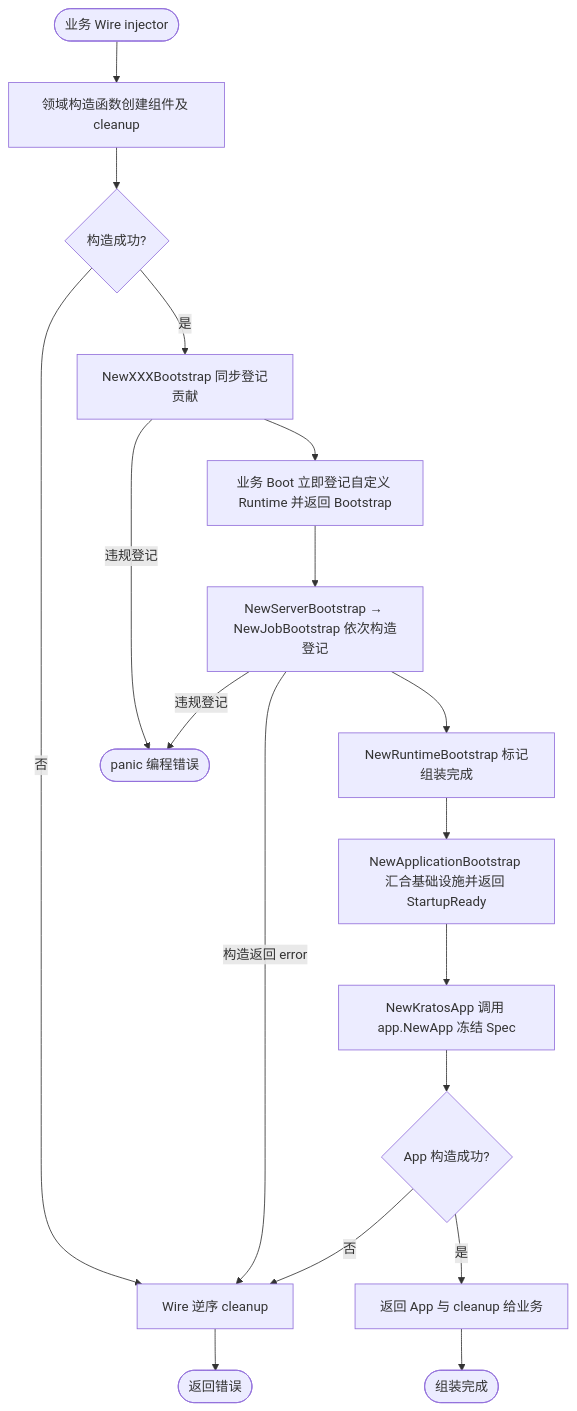
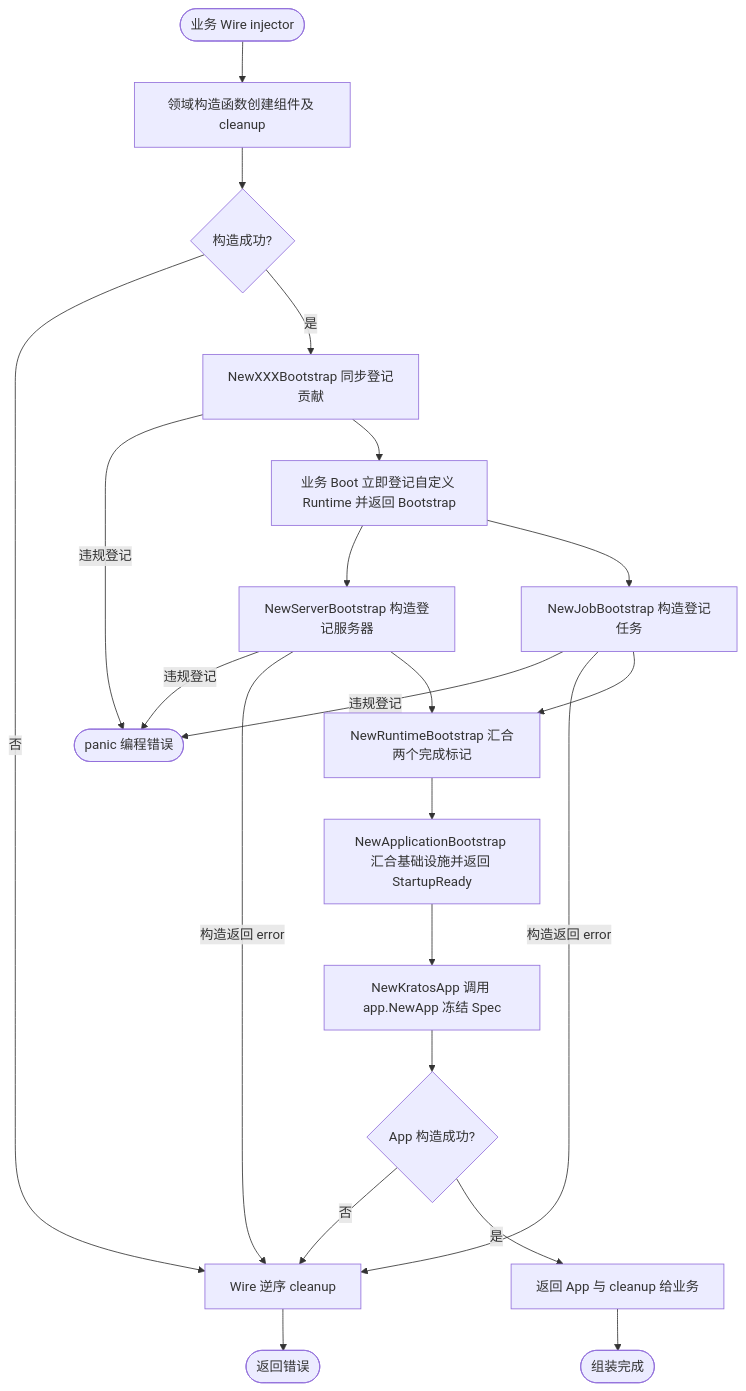
One commit to jaggerzhuang1994/kratos-foundation changed the second of 6 diagrams in pkg/bootstrap/README.md. Above: the diagram before and after it, drawn with Mermaid. The commit also changed other lines of this file and 204 other files, not shown here.

````diff
--- a/pkg/bootstrap/README.md
+++ b/pkg/bootstrap/README.md
@@ -142,20 +142,21 @@
 ```mermaid
 flowchart TD
     A([业务 Wire injector]) --> B[领域构造函数创建组件及 cleanup]
     B --> C{构造成功?}
     C -- 否 --> X[Wire 逆序 cleanup]
     C -- 是 --> D[NewXXXBootstrap 同步登记贡献]
     D -- 违规登记 --> P([panic 编程错误])
     D --> F[业务 Boot 立即登记自定义 Runtime 并返回 Bootstrap]
-    F --> S[NewServerBootstrap → NewJobBootstrap 依次构造登记]
-    S -- 违规登记 --> P
-    S -- 构造返回 error --> X
-    S --> F1[NewRuntimeBootstrap 标记组装完成]
+    F --> S[NewServerBootstrap 构造登记服务器]
+    F --> T[NewJobBootstrap 构造登记任务]
+    S & T -- 违规登记 --> P
+    S & T -- 构造返回 error --> X
+    S & T --> F1[NewRuntimeBootstrap 汇合两个完成标记]
     F1 --> G[NewApplicationBootstrap 汇合基础设施并返回 StartupReady]
     G --> H[NewKratosApp 调用 app.NewApp 冻结 Spec]
     H --> I{App 构造成功?}
     I -- 否 --> X
     X --> Y([返回错误])
     I -- 是 --> J[返回 App 与 cleanup 给业务]
     J --> K([组装完成])
 ```
````
